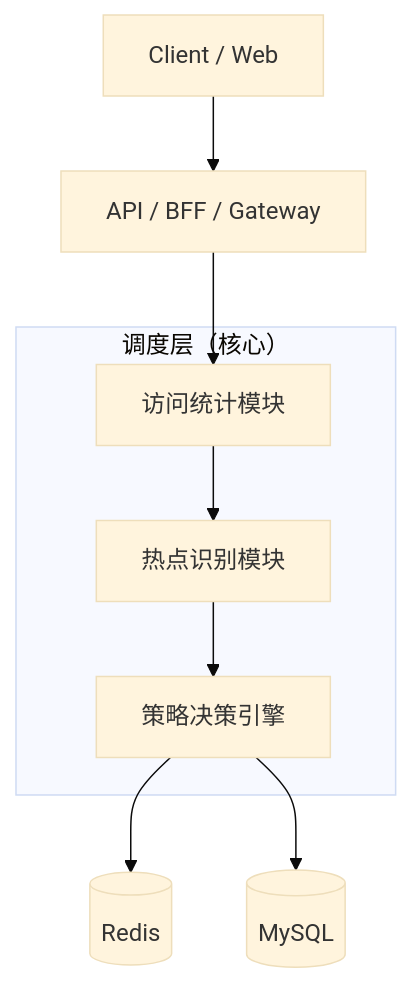
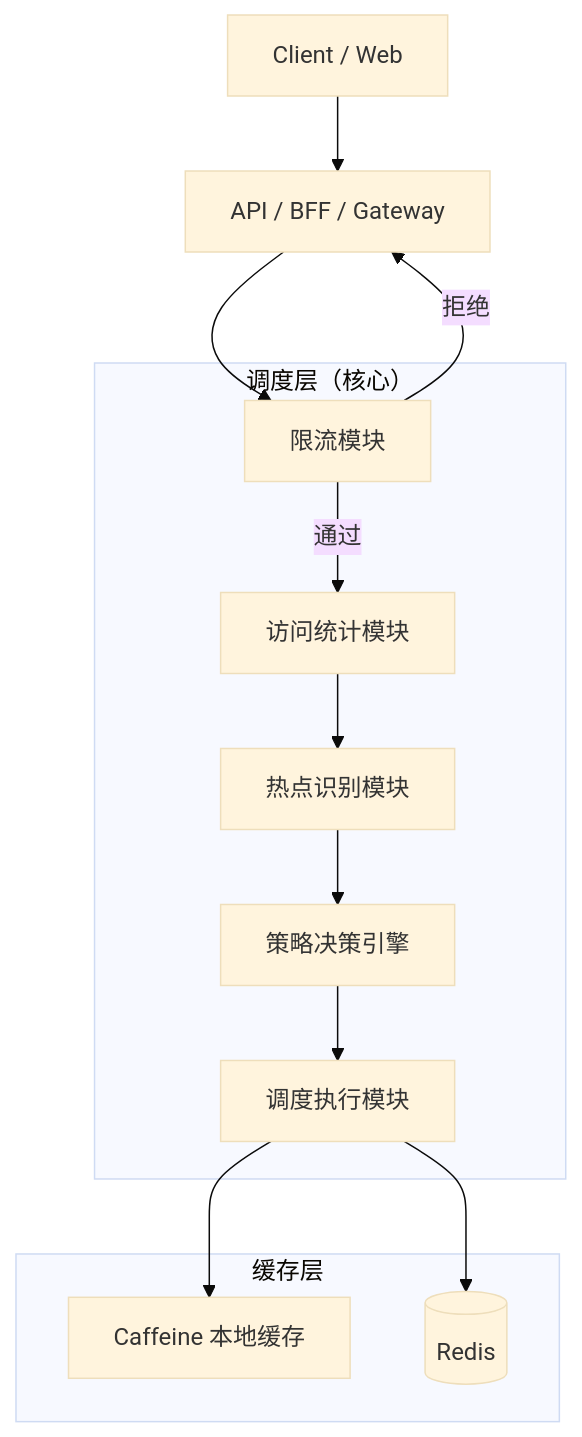
Before and after one commit to Silverhand-J/CachePilot: the diagram in README.md, drawn with Mermaid (base theme). The commit also changed 14 other files, not shown here.

````diff
--- a/README.md
+++ b/README.md
@@ -18,23 +18,33 @@
 ```mermaid
 flowchart TD
     Client[Client / Web]
     Gateway[API / BFF / Gateway]
 
     subgraph Scheduler["调度层（核心）"]
+        RL[限流模块]
         AM[访问统计模块]
         HM[热点识别模块]
         DE[策略决策引擎]
+        DM[调度执行模块]
     end
 
-    DB[(MySQL)]
-    Redis[(Redis)]
+    subgraph CacheLayer["缓存层"]
+        LC[Caffeine 本地缓存]
+        RC[(Redis)]
+    end
 
     Client --> Gateway
-    Gateway --> AM
+    Gateway --> RL
+
+    RL -->|通过| AM
+    RL -->|拒绝| Gateway
 
     AM --> HM
     HM --> DE
 
-    DE --> Redis
-    DE --> DB
+    DE --> DM
+
+    DM --> LC
+    DM --> RC
+
 ```
````
